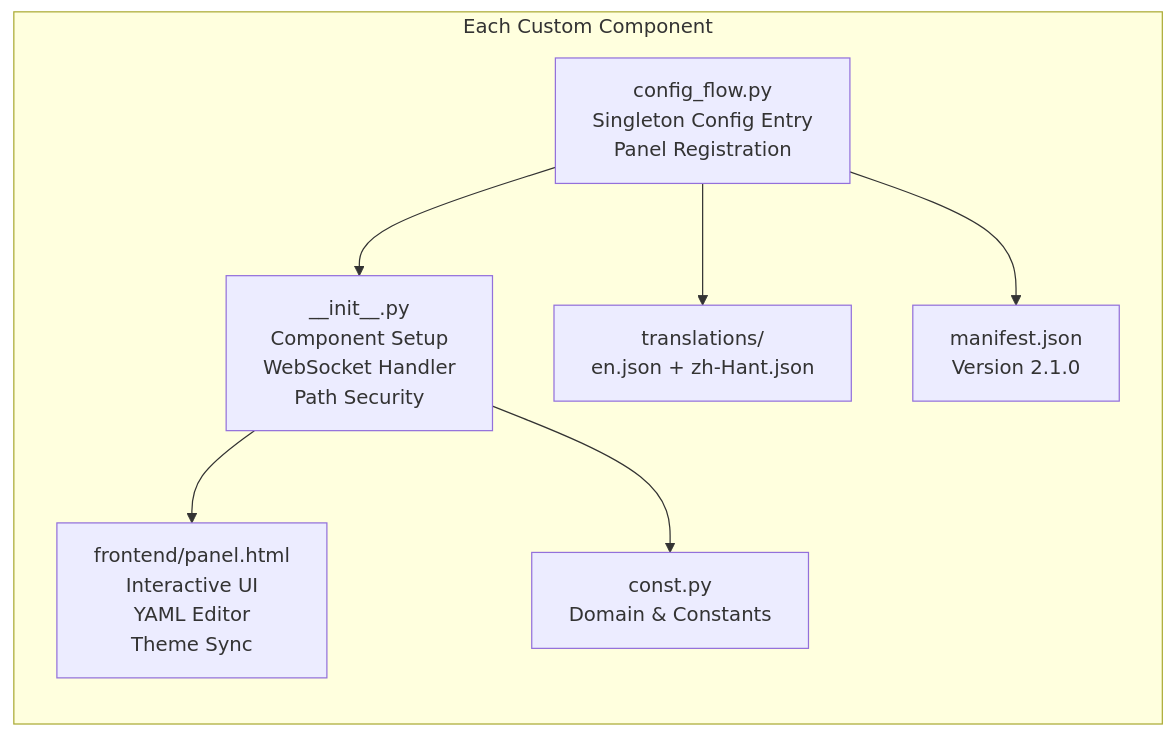
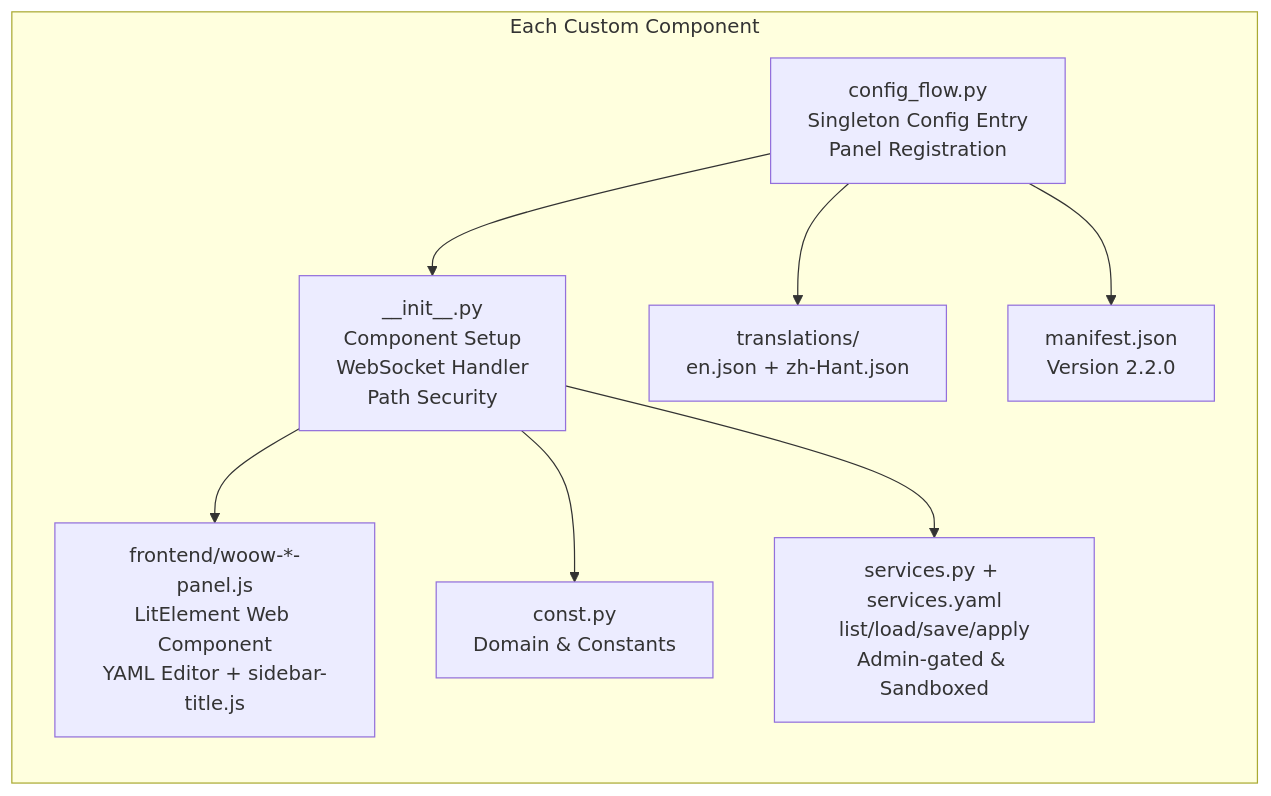
The second of 4 diagrams in README.md (WOOWTECH/Woow_ha_multi_protocol_connect), drawn with Mermaid before and after one commit. The commit also changed other lines of this file and 4 other files, not shown here.

First line of the commit message:
docs: sync READMEs with v2.2.0 architecture and bump manifests

````diff
--- a/README.md
+++ b/README.md
@@ -165,18 +177,20 @@
 ```mermaid
 graph LR
     subgraph "Each Custom Component"
         direction TB
         INIT["__init__.py<br/>Component Setup<br/>WebSocket Handler<br/>Path Security"]
         FLOW["config_flow.py<br/>Singleton Config Entry<br/>Panel Registration"]
         CONST["const.py<br/>Domain & Constants"]
-        PANEL["frontend/panel.html<br/>Interactive UI<br/>YAML Editor<br/>Theme Sync"]
+        SERVICES["services.py + services.yaml<br/>list/load/save/apply<br/>Admin-gated & Sandboxed"]
+        PANEL["frontend/woow-*-panel.js<br/>LitElement Web Component<br/>YAML Editor + sidebar-title.js"]
         I18N["translations/<br/>en.json + zh-Hant.json"]
-        MANIFEST["manifest.json<br/>Version 2.1.0"]
+        MANIFEST["manifest.json<br/>Version 2.2.0"]
     end
 
     FLOW --> INIT
     INIT --> PANEL
     INIT --> CONST
+    INIT --> SERVICES
     FLOW --> I18N
     FLOW --> MANIFEST
 ```
````
